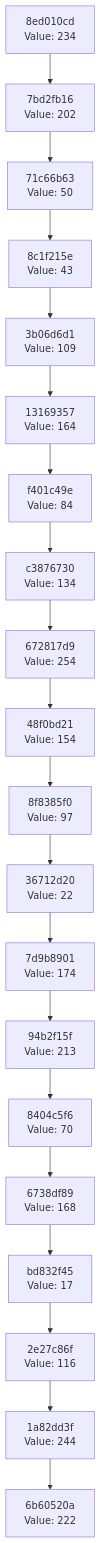
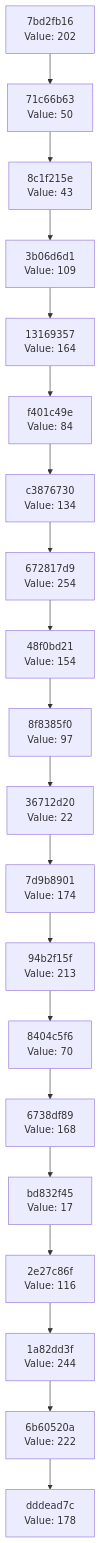
One commit to Abhisheksinha1506/hash-chain-evolver changed the diagram in docs/CHAIN_VISUALIZATION.md. Above: the diagram before and after it, drawn with Mermaid. The commit also changed 2 other files, not shown here.

Commit message:
Evolution step: hash 0xB2 → action executed

````diff
--- a/docs/CHAIN_VISUALIZATION.md
+++ b/docs/CHAIN_VISUALIZATION.md
@@ -3,42 +3,42 @@
 ```mermaid
 graph TD
-    C0["6b60520a<br/>Value: 222"]
-    C1["1a82dd3f<br/>Value: 244"]
+    C0["dddead7c<br/>Value: 178"]
+    C1["6b60520a<br/>Value: 222"]
     C1 --> C0
-    C2["2e27c86f<br/>Value: 116"]
+    C2["1a82dd3f<br/>Value: 244"]
     C2 --> C1
-    C3["bd832f45<br/>Value: 17"]
+    C3["2e27c86f<br/>Value: 116"]
     C3 --> C2
-    C4["6738df89<br/>Value: 168"]
+    C4["bd832f45<br/>Value: 17"]
     C4 --> C3
-    C5["8404c5f6<br/>Value: 70"]
+    C5["6738df89<br/>Value: 168"]
     C5 --> C4
-    C6["94b2f15f<br/>Value: 213"]
+    C6["8404c5f6<br/>Value: 70"]
     C6 --> C5
-    C7["7d9b8901<br/>Value: 174"]
+    C7["94b2f15f<br/>Value: 213"]
     C7 --> C6
-    C8["36712d20<br/>Value: 22"]
+    C8["7d9b8901<br/>Value: 174"]
     C8 --> C7
-    C9["8f8385f0<br/>Value: 97"]
+    C9["36712d20<br/>Value: 22"]
     C9 --> C8
-    C10["48f0bd21<br/>Value: 154"]
+    C10["8f8385f0<br/>Value: 97"]
     C10 --> C9
-    C11["672817d9<br/>Value: 254"]
+    C11["48f0bd21<br/>Value: 154"]
     C11 --> C10
-    C12["c3876730<br/>Value: 134"]
+    C12["672817d9<br/>Value: 254"]
     C12 --> C11
-    C13["f401c49e<br/>Value: 84"]
+    C13["c3876730<br/>Value: 134"]
     C13 --> C12
-    C14["13169357<br/>Value: 164"]
+    C14["f401c49e<br/>Value: 84"]
     C14 --> C13
-    C15["3b06d6d1<br/>Value: 109"]
+    C15["13169357<br/>Value: 164"]
     C15 --> C14
-    C16["8c1f215e<br/>Value: 43"]
+    C16["3b06d6d1<br/>Value: 109"]
     C16 --> C15
-    C17["71c66b63<br/>Value: 50"]
+    C17["8c1f215e<br/>Value: 43"]
     C17 --> C16
-    C18["7bd2fb16<br/>Value: 202"]
+    C18["71c66b63<br/>Value: 50"]
     C18 --> C17
-    C19["8ed010cd<br/>Value: 234"]
+    C19["7bd2fb16<br/>Value: 202"]
     C19 --> C18
 ```
````
